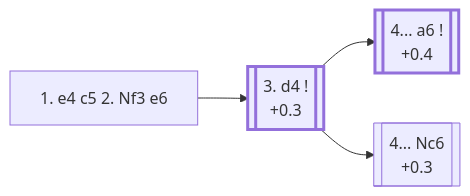
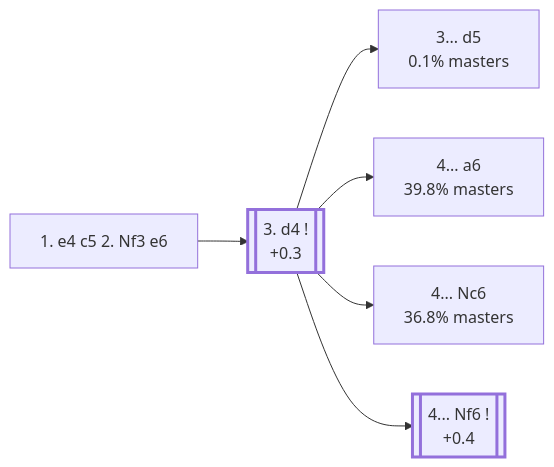
One commit to onclemarcel/chess_flashcards changed the diagram in e4_openings/B40_Sicilian_e6_Open.md. Above: the diagram before and after it, drawn with Mermaid. The commit also changed other lines of this file and 24 other files, not shown here.

````diff
--- a/e4_openings/B40_Sicilian_e6_Open.md
+++ b/e4_openings/B40_Sicilian_e6_Open.md
@@ -12,15 +12,19 @@
 ```mermaid
 flowchart LR
     classDef main stroke-width:3px;
 
     e6["1. e4 c5 2. Nf3 e6"]
     click e6 "#_initial_move_" "B40 · Sicilian Defense, 2... e6"
 
     e6 --> d4[["3. d4 !<br/>+0.3"]]:::main
     click d4 "#_d4_" "B40 · Sicilian Defense, 2... e6: Open"
 
-    d4 --> a6k[["4... a6 !<br/>+0.4"]]:::main
-    click a6k "#_a6_" "B41 · Sicilian Defense: Kan Variation"
-    d4 --> Nc6t[["4... Nc6<br/>+0.3"]]
-    click Nc6t "#_Nc6_" "B44 · Sicilian Defense: Taimanov Variation"
+    d4 --> d5["3... d5<br/>0.1% masters"]
+    click d5 "#_Marshall_" "B40 · Sicilian Defense: Marshall Counterattack"
+    d4 --> a6k["4... a6<br/>39.8% masters"]
+    click a6k "https://github.com/onclemarcel/chess_flashcards/blob/main/e4_openings/B41_Sicilian_Kan_Variation.md" "B41 · Sicilian Defense: Kan Variation"
+    d4 --> Nc6t["4... Nc6<br/>36.8% masters"]
+    click Nc6t "https://github.com/onclemarcel/chess_flashcards/blob/main/e4_openings/B44_Sicilian_Taimanov_Szen.md" "B44 · Sicilian Defense: Taimanov Variation"
+    d4 --> Nf6t[["4... Nf6 !<br/>+0.4"]]:::main
+    click Nf6t "#_Nf6_" "B40 · Sicilian Defense: Pin Variation"
 ```
````
